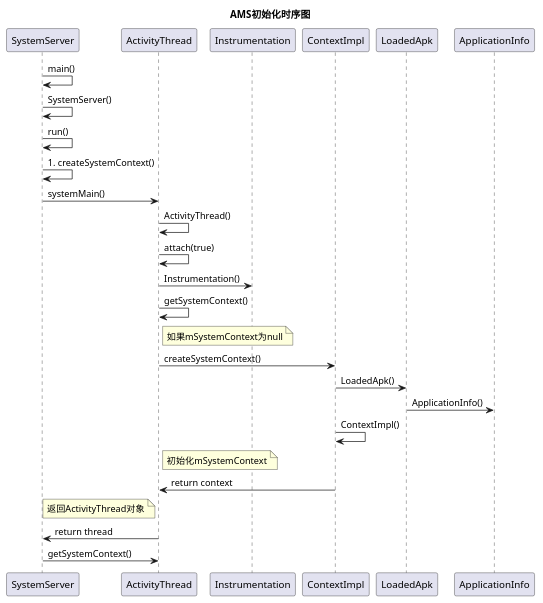
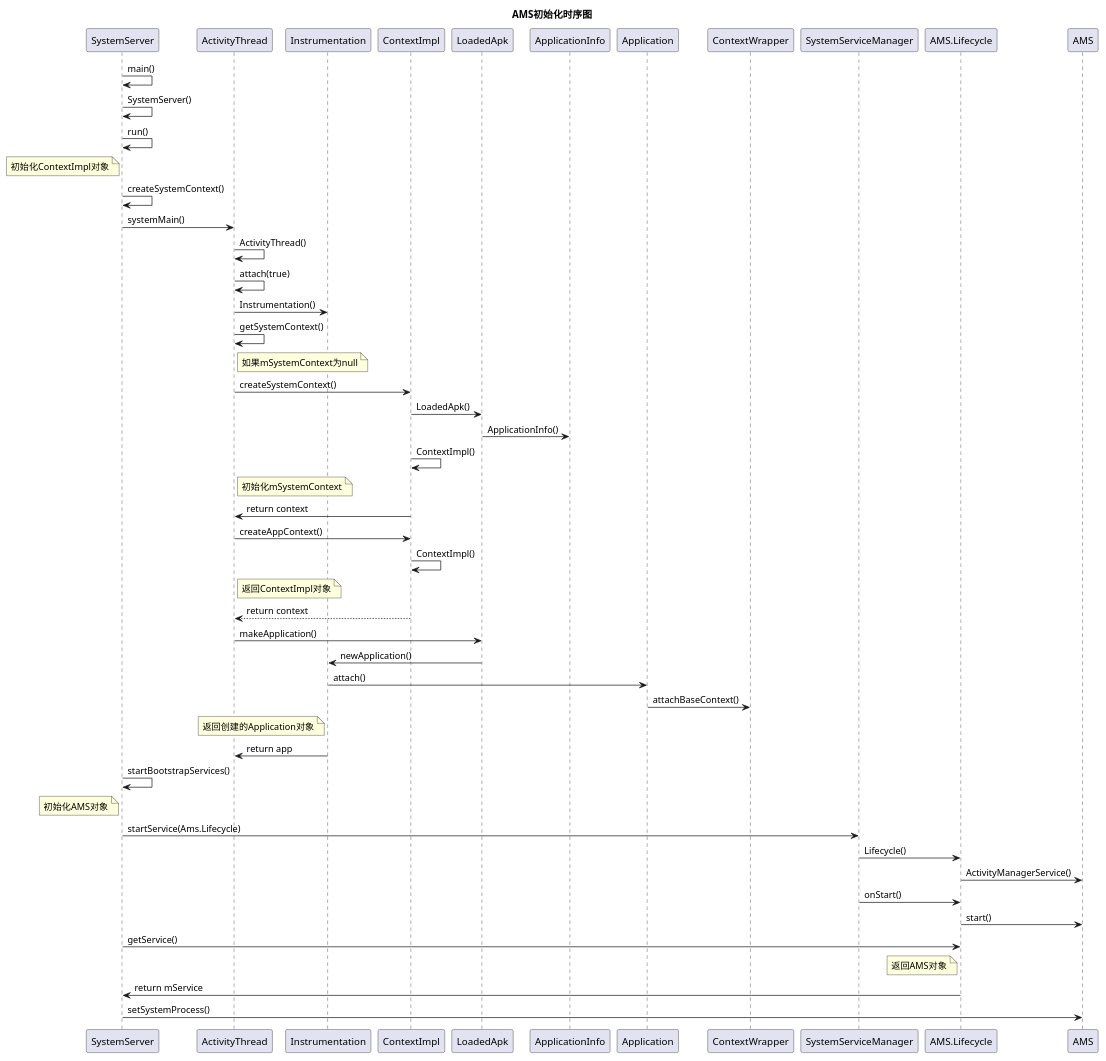
The diagram in ActivityManagerService初始化.md (createtoohard/ams), drawn with PlantUML before and after one commit. The commit also changed other lines of this file, not shown here.

Commit message:
modify ams

````diff
--- a/ActivityManagerService初始化.md
+++ b/ActivityManagerService初始化.md
@@ -15,29 +15,55 @@
 ```puml
 Title : AMS初始化时序图
 SystemServer -> SystemServer : main()
 SystemServer -> SystemServer : SystemServer()
 SystemServer -> SystemServer : run()
 
-SystemServer -> SystemServer : 1. createSystemContext()
+Note left of SystemServer : 初始化ContextImpl对象
+SystemServer -> SystemServer : createSystemContext()
 SystemServer -> ActivityThread : systemMain()
 ActivityThread -> ActivityThread : ActivityThread()
 ActivityThread -> ActivityThread : attach(true)
 
 ActivityThread -> Instrumentation : Instrumentation()
 
 ActivityThread -> ActivityThread : getSystemContext()
 Note right of ActivityThread : 如果mSystemContext为null
 ActivityThread -> ContextImpl : createSystemContext()
 ContextImpl -> LoadedApk : LoadedApk()
 LoadedApk -> ApplicationInfo : ApplicationInfo()
 ContextImpl -> ContextImpl : ContextImpl()
 Note right of ActivityThread : 初始化mSystemContext
 ContextImpl -> ActivityThread : return context
+ActivityThread -> ContextImpl : createAppContext()
+ContextImpl -> ContextImpl : ContextImpl()
+Note right of ActivityThread : 返回ContextImpl对象
+ContextImpl --> ActivityThread : return context
+
+
+ActivityThread -> LoadedApk : makeApplication()
+LoadedApk -> Instrumentation : newApplication()
+Instrumentation -> Application : attach()
+Application -> ContextWrapper : attachBaseContext()
+Note left of Instrumentation : 返回创建的Application对象
+Instrumentation -> ActivityThread : return app
+
+
+SystemServer -> SystemServer : startBootstrapServices()
+Note left of SystemServer : 初始化AMS对象
+SystemServer -> SystemServiceManager : startService(Ams.Lifecycle)
+SystemServiceManager -> AMS.Lifecycle : Lifecycle()
+AMS.Lifecycle -> AMS : ActivityManagerService()
+SystemServiceManager -> AMS.Lifecycle : onStart()
+AMS.Lifecycle -> AMS : start()
+SystemServer -> AMS.Lifecycle : getService()
+Note left of AMS.Lifecycle : 返回AMS对象
+AMS.Lifecycle -> SystemServer : return mService
+
+
+SystemServer -> AMS : setSystemProcess()
 
 
 
-Note left ActivityThread : 返回ActivityThread对象
-ActivityThread -> SystemServer : return thread
 
-SystemServer -> ActivityThread : getSystemContext()
+
 ```
````
